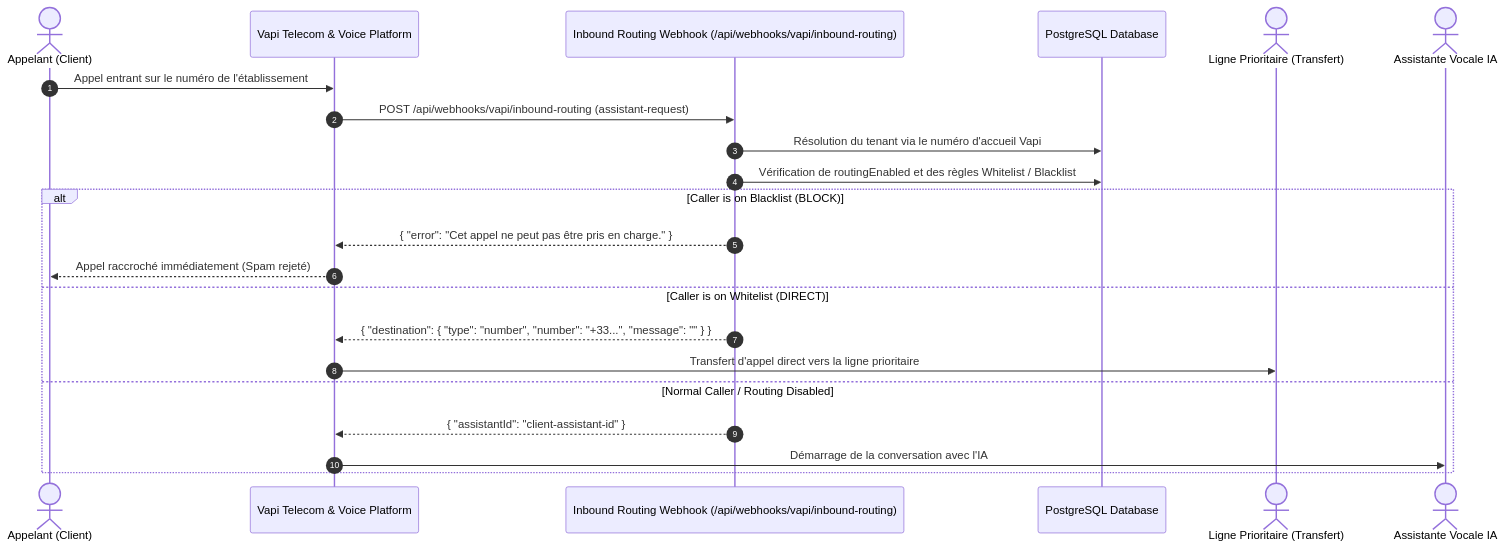
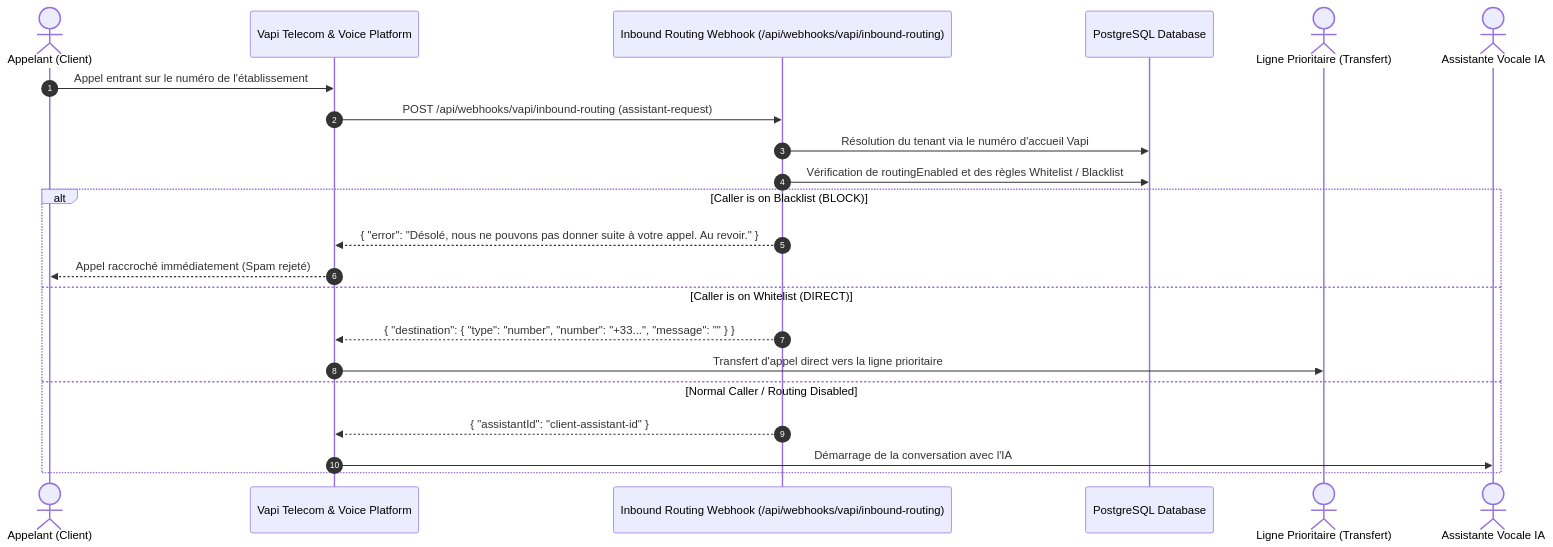
The diagram in docs/VAPI_ROUTING_SETUP.md (HassenBenHadjHassen/AI-Calling-System), drawn with Mermaid before and after one commit. The commit also changed other lines of this file and 11 other files, not shown here.

````diff
--- a/docs/VAPI_ROUTING_SETUP.md
+++ b/docs/VAPI_ROUTING_SETUP.md
@@ -11,26 +11,26 @@
 ```mermaid
 sequenceDiagram
     autonumber
     actor Caller as Appelant (Client)
     participant Vapi as Vapi Telecom & Voice Platform
     participant Router as Inbound Routing Webhook (/api/webhooks/vapi/inbound-routing)
     participant DB as PostgreSQL Database
     actor Target as Ligne Prioritaire (Transfert)
     actor Assistant as Assistante Vocale IA
 
     Caller->>Vapi: Appel entrant sur le numéro de l'établissement
     Vapi->>Router: POST /api/webhooks/vapi/inbound-routing (assistant-request)
     Router->>DB: Résolution du tenant via le numéro d'accueil Vapi
     Router->>DB: Vérification de routingEnabled et des règles Whitelist / Blacklist
     
     alt Caller is on Blacklist (BLOCK)
-        Router-->>Vapi: { "error": "Cet appel ne peut pas être pris en charge." }
+        Router-->>Vapi: { "error": "Désolé, nous ne pouvons pas donner suite à votre appel. Au revoir." }
         Vapi-->>Caller: Appel raccroché immédiatement (Spam rejeté)
     else Caller is on Whitelist (DIRECT)
         Router-->>Vapi: { "destination": { "type": "number", "number": "+33...", "message": "" } }
         Vapi->>Target: Transfert d'appel direct vers la ligne prioritaire
     else Normal Caller / Routing Disabled
         Router-->>Vapi: { "assistantId": "client-assistant-id" }
         Vapi->>Assistant: Démarrage de la conversation avec l'IA
     end
 ```
````
